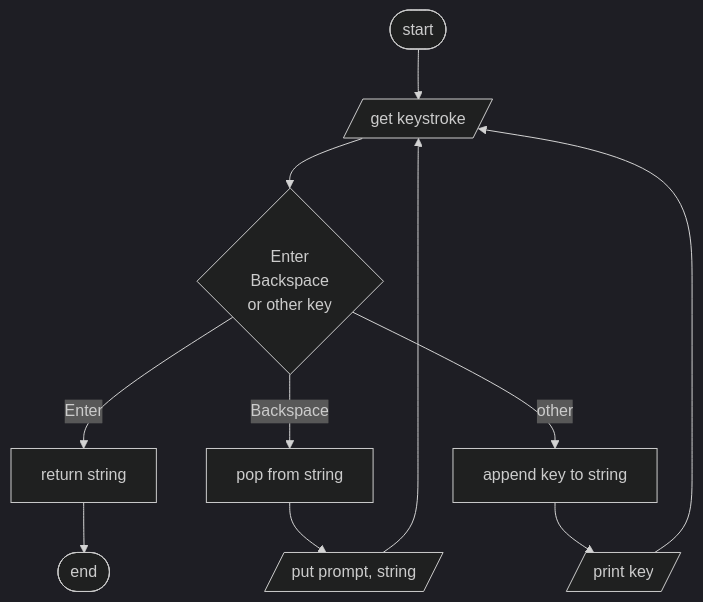
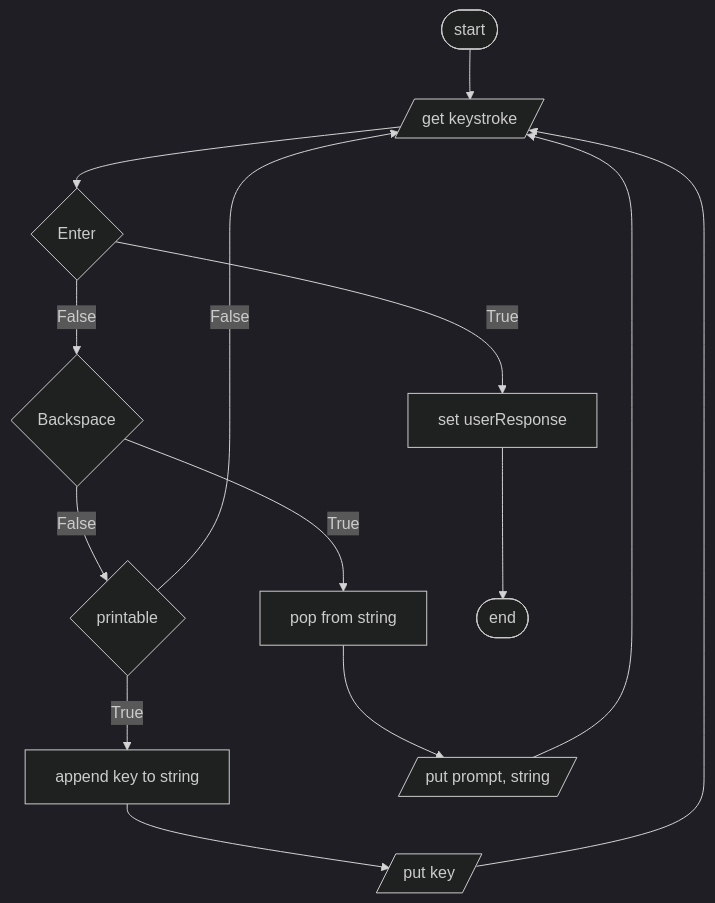
The seventh of 13 diagrams in scripts/console/design.md (7s4e/p3), drawn with Mermaid (dark theme) before and after one commit. The commit also changed 1 other file, not shown here.

Commit message:
redesign readString

````diff
--- a/scripts/console/design.md
+++ b/scripts/console/design.md
@@ -198,22 +198,27 @@
 ```mermaid
 flowchart TB
     STR([start])
-        STR --> GET
+        STR --> GETK
     ADD[append key to string]
         ADD --> PUTK
-    BCK[pop from string]
-        BCK --> PUTP
-    EBO{Enter <br> Backspace <br> or other key}
-        EBO -- Enter --> RTN
-        EBO -- Backspace --> BCK
-        EBO -- other --> ADD
-    GET[/get keystroke/]
-        GET --> EBO
-    PUTK[/print key/]
-        PUTK --> GET
+    BCK{Backspace}
+        BCK -- True --> POP
+        BCK -- False --> PNT
+    ENT{Enter}
+        ENT -- True --> SET
+        ENT -- False --> BCK
+    GETK[/get keystroke/]
+        GETK --> ENT
+    PNT{printable}
+        PNT -- True --> ADD
+        PNT -- False --> GETK
+    POP[pop from string]
+        POP --> PUTP
+    PUTK[/put key/]
+        PUTK --> GETK
     PUTP[/put prompt, string/]
-        PUTP --> GET
-    RTN[return string]
-        RTN --> END
+        PUTP --> GETK
+    SET[set userResponse]
+        SET --> END
     END([end])
 ```
````
